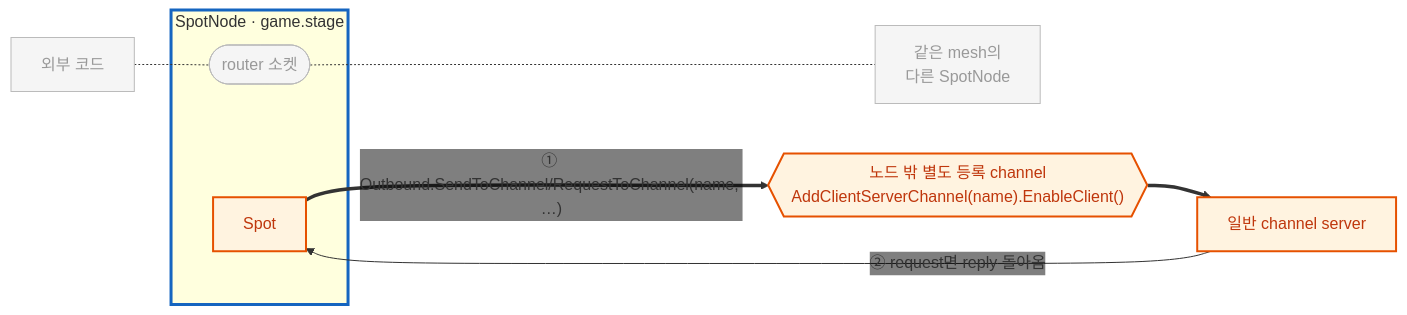
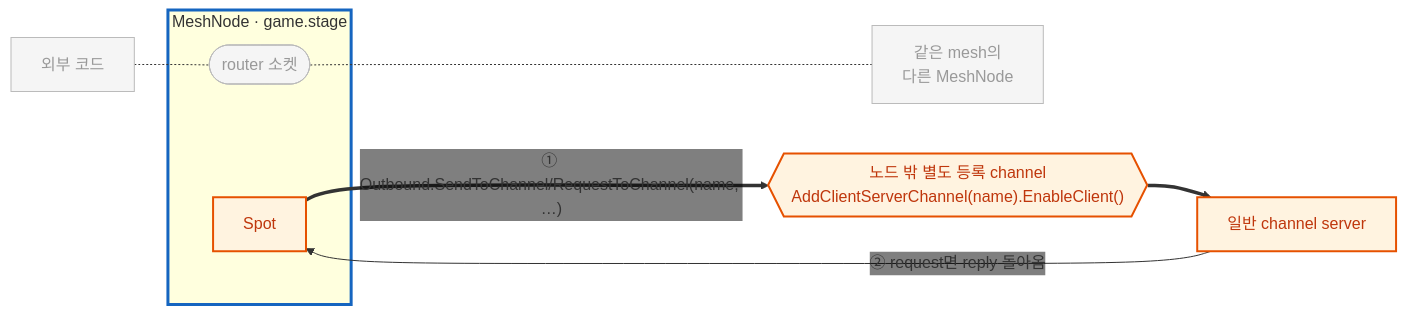
The sixth of 8 diagrams in framework/doc/framework/dotnet/guide/06-spot.ko.md (kairos-code-dev/zlink), drawn with Mermaid before and after one commit. The commit also changed other lines of this file and 8 other files, not shown here.

First line of the commit message:
docs(dotnet): finish MeshNode guide terminology

````diff
--- a/framework/doc/framework/dotnet/guide/06-spot.ko.md
+++ b/framework/doc/framework/dotnet/guide/06-spot.ko.md
@@ -307,21 +307,21 @@
 ```mermaid
 %%{init: {'themeVariables': {'edgeLabelBackground':'transparent'}}}%%
 flowchart LR
-  subgraph node["SpotNode · game.stage"]
+  subgraph node["MeshNode · game.stage"]
     rsock(["router 소켓"])
     spot["Spot"]
   end
-  peer["같은 mesh의<br/>다른 SpotNode"]
+  peer["같은 mesh의<br/>다른 MeshNode"]
   ext["외부 코드"]
   chan{{"노드 밖 별도 등록 channel<br/>AddClientServerChannel(name).EnableClient()"}}
   svc["일반 channel server"]
   spot ==>|"① Outbound.SendToChannel/RequestToChannel(name, …)"| chan ==> svc
   svc -->|"② request면 reply 돌아옴"| spot
   rsock -.- peer
   ext -.- rsock
   classDef on fill:#fff3e0,stroke:#e65100,stroke-width:2px,color:#bf360c;
   classDef dim fill:#f5f5f5,stroke:#bbbbbb,color:#999999;
   class chan,svc,spot on;
   class rsock,peer,ext dim;
   style node stroke:#1565c0,stroke-width:3px
 ```
````
